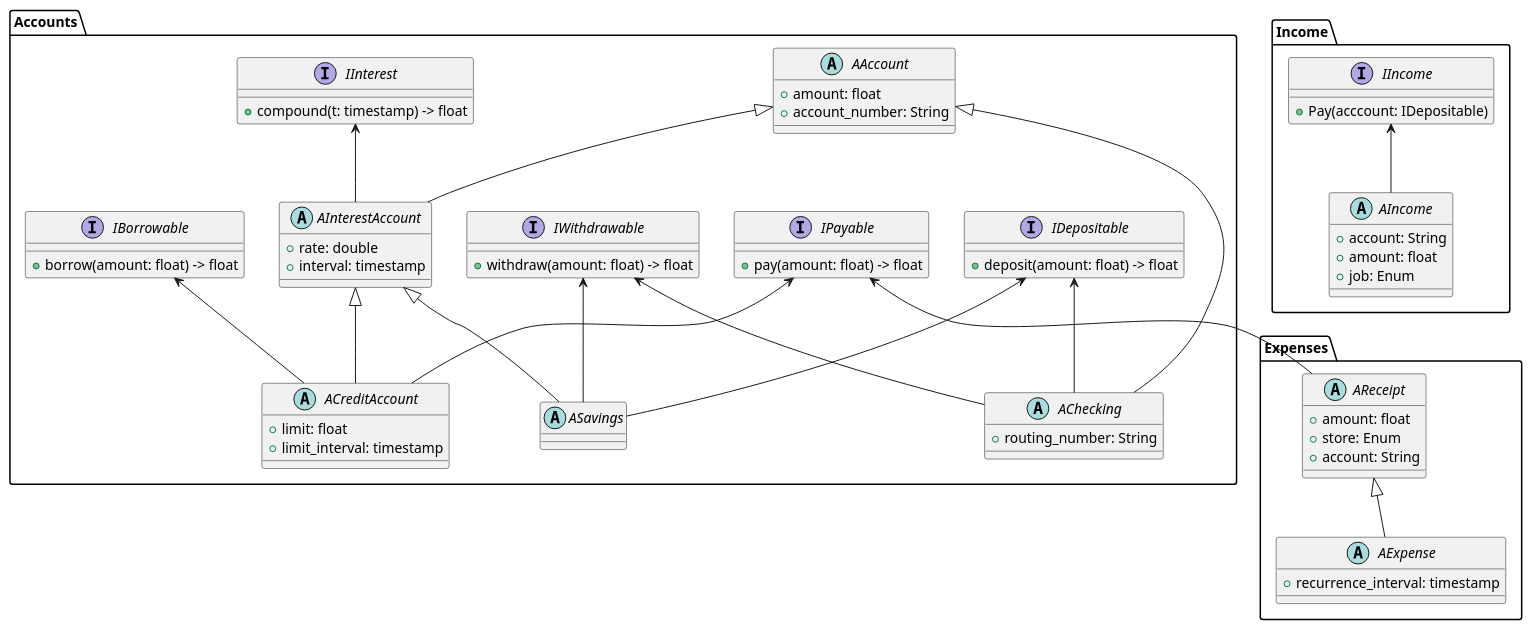
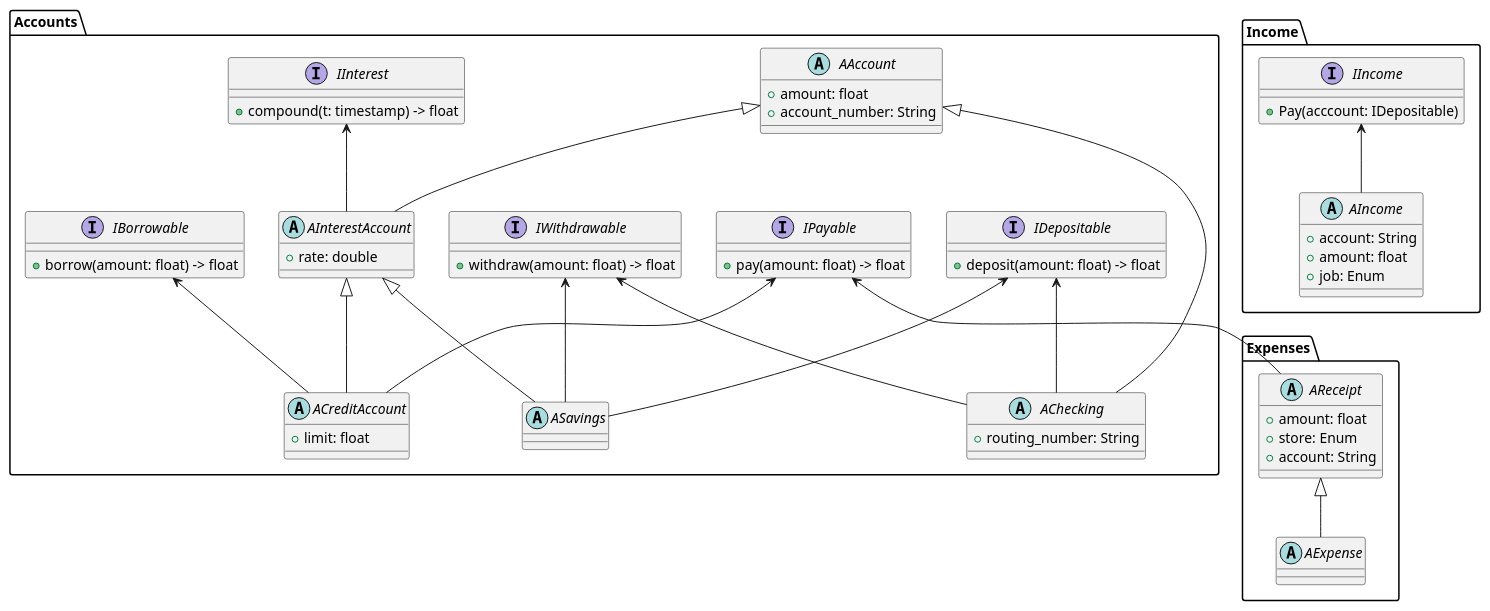
The diagram in object_model.puml (aaron-jencks/budget_LabVIEW), drawn with PlantUML before and after one commit. The commit also changed 1 other file, not shown here.

```diff
--- a/object_model.puml
+++ b/object_model.puml
@@ -1,89 +1,86 @@
 @startuml
 package Accounts {
     interface IDepositable {
     + deposit(amount: float) -> float
     }
 
     interface IWithdrawable {
     + withdraw(amount: float) -> float
     }
 
     interface IPayable {
     + pay(amount: float) -> float
     }
 
     interface IBorrowable {
     + borrow(amount: float) -> float
     }
 
     abstract class AAccount {
     + amount: float
     + account_number: String
     }
 
     interface IInterest {
     + compound(t: timestamp) -> float
     }
 
     abstract class AInterestAccount {
     + rate: double
-    + interval: timestamp
     }
 
     IInterest <-- AInterestAccount
     AAccount <|-- AInterestAccount
 
     abstract class ACreditAccount {
     + limit: float
-    + limit_interval: timestamp
     }
 
     IBorrowable <-- ACreditAccount
     IPayable <-- ACreditAccount
     AInterestAccount <|-- ACreditAccount
 
     abstract class ASavings {
     }
 
     IDepositable <-- ASavings
     IWithdrawable <-- ASavings
     AInterestAccount <|-- ASavings
 
     abstract class AChecking {
     + routing_number: String
     }
 
     IDepositable <-- AChecking
     IWithdrawable <-- AChecking
     AAccount <|-- AChecking
 }
 
 package Expenses {
     abstract class AReceipt {
     + amount: float
     + store: Enum
     + account: String
     }
     IPayable <-- AReceipt
 
     abstract class AExpense {
-    + recurrence_interval: timestamp
     }
 
     AReceipt <|-- AExpense
 }
 
 package Income {
     interface IIncome {
     + Pay(acccount: IDepositable)
     }
 
     abstract class AIncome {
     + account: String
     + amount: float
     + job: Enum
     }
 
     IIncome <-- AIncome
 }
 @enduml
```
